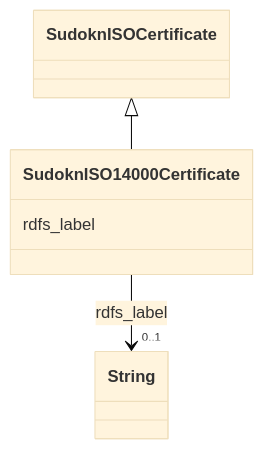
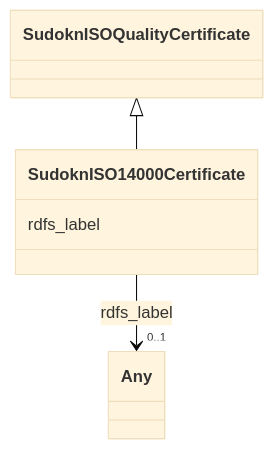
Before and after one commit to frink-okn/graph-descriptions: the diagram in sudokn-kg/classes/SudoknISO14000Certificate.md, drawn with Mermaid (base theme). The commit also changed other lines of this file and 903 other files, not shown here.

````diff
--- a/sudokn-kg/classes/SudoknISO14000Certificate.md
+++ b/sudokn-kg/classes/SudoknISO14000Certificate.md
@@ -23,18 +18,18 @@
 ```mermaid
  classDiagram
     class SudoknISO14000Certificate
     click SudoknISO14000Certificate href "../SudoknISO14000Certificate"
-      SudoknISOCertificate <|-- SudoknISO14000Certificate
-        click SudoknISOCertificate href "../SudoknISOCertificate"
+      SudoknISOQualityCertificate <|-- SudoknISO14000Certificate
+        click SudoknISOQualityCertificate href "../SudoknISOQualityCertificate"
       
       SudoknISO14000Certificate : rdfs_label
         
           
     
     
-    SudoknISO14000Certificate --> "0..1" String : rdfs_label
-    click String href "../String"
+    SudoknISO14000Certificate --> "0..1" Any : rdfs_label
+    click Any href "../Any"
 
         
       
 ```
````
